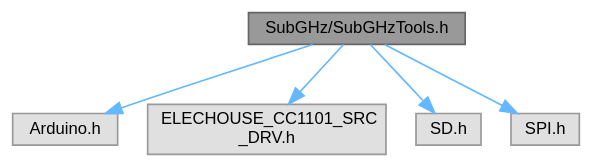
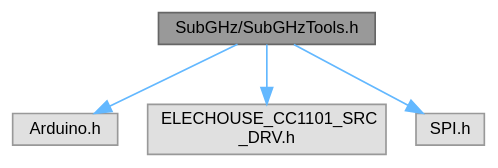
One commit to Jonathan-0101/skeletonKey changed the diagram in SubGHzTools_8h__incl.dot. Above: the diagram before and after it, drawn with Graphviz. The commit also changed 3 other files, not shown here.

```diff
--- a/SubGHzTools_8h__incl.dot
+++ b/SubGHzTools_8h__incl.dot
@@ -1,16 +1,14 @@
 digraph "SubGHz/SubGHzTools.h"
 {
  // LATEX_PDF_SIZE
   bgcolor="transparent";
   edge [fontname=Helvetica,fontsize=10,labelfontname=Helvetica,labelfontsize=10];
   node [fontname=Helvetica,fontsize=10,shape=box,height=0.2,width=0.4];
   Node1 [id="Node000001",label="SubGHz/SubGHzTools.h",height=0.2,width=0.4,color="gray40", fillcolor="grey60", style="filled", fontcolor="black",tooltip="Library for Sub-GHz attack tools."];
   Node1 -> Node2 [id="edge1_Node000001_Node000002",color="steelblue1",style="solid",tooltip=" "];
   Node2 [id="Node000002",label="Arduino.h",height=0.2,width=0.4,color="grey60", fillcolor="#E0E0E0", style="filled",tooltip=" "];
   Node1 -> Node3 [id="edge2_Node000001_Node000003",color="steelblue1",style="solid",tooltip=" "];
   Node3 [id="Node000003",label="ELECHOUSE_CC1101_SRC\l_DRV.h",height=0.2,width=0.4,color="grey60", fillcolor="#E0E0E0", style="filled",tooltip=" "];
   Node1 -> Node4 [id="edge3_Node000001_Node000004",color="steelblue1",style="solid",tooltip=" "];
-  Node4 [id="Node000004",label="SD.h",height=0.2,width=0.4,color="grey60", fillcolor="#E0E0E0", style="filled",tooltip=" "];
-  Node1 -> Node5 [id="edge4_Node000001_Node000005",color="steelblue1",style="solid",tooltip=" "];
-  Node5 [id="Node000005",label="SPI.h",height=0.2,width=0.4,color="grey60", fillcolor="#E0E0E0", style="filled",tooltip=" "];
+  Node4 [id="Node000004",label="SPI.h",height=0.2,width=0.4,color="grey60", fillcolor="#E0E0E0", style="filled",tooltip=" "];
 }
```
